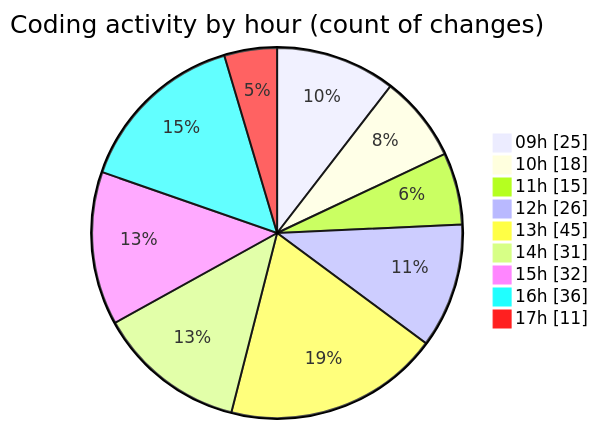
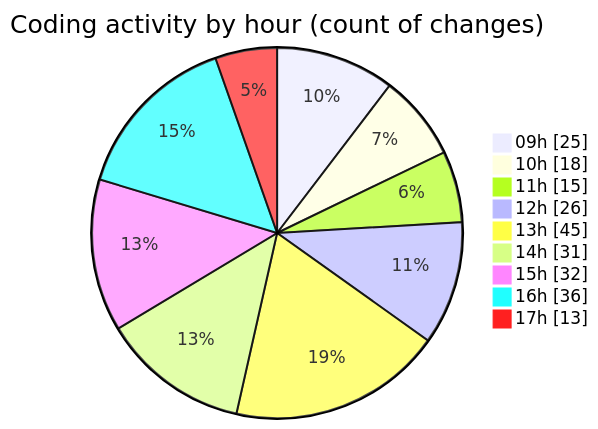
One commit to momahboobian/code-tracking changed the second of 2 diagrams in 2025-03-13/cda/README.md. Above: the diagram before and after it, drawn with Mermaid. The commit also changed other lines of this file and 1 other file, not shown here.

````diff
--- a/2025-03-13/cda/README.md
+++ b/2025-03-13/cda/README.md
@@ -44,13 +44,13 @@
 ```mermaid
 pie showData
 title Coding activity by hour (count of changes)
 "09h" : 25
 "10h" : 18
 "11h" : 15
 "12h" : 26
 "13h" : 45
 "14h" : 31
 "15h" : 32
 "16h" : 36
-"17h" : 11
+"17h" : 13
 ```
````
